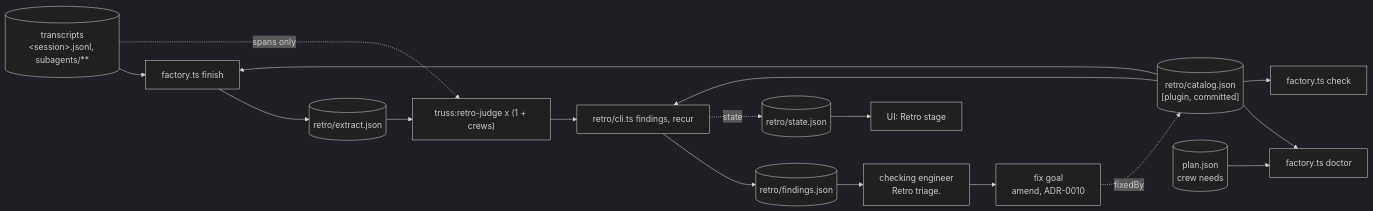
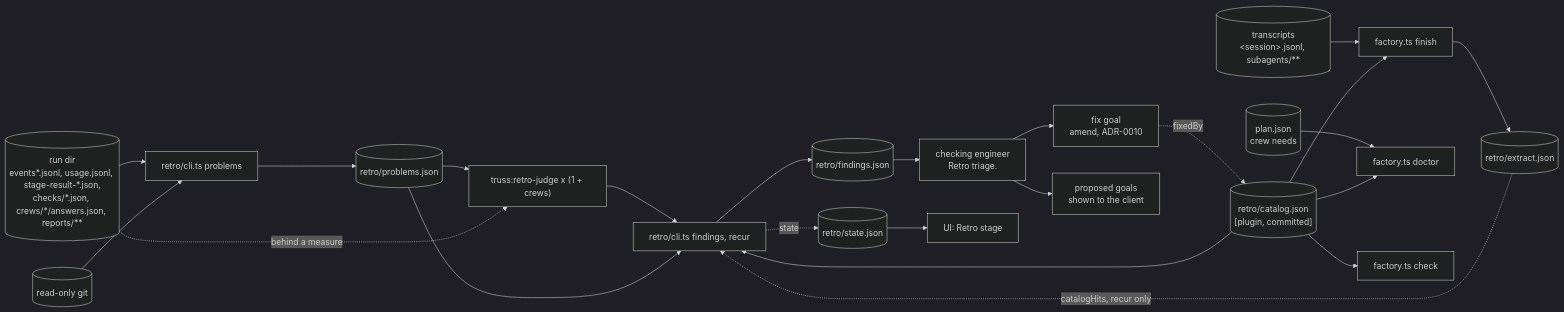
Before and after one commit to AbhiramDwivedi/truss: diagram 20 of 25 in plugins/truss/docs/architecture.md, drawn with Mermaid (dark theme). The commit also changed other lines of this file and 50 other files, not shown here.

````diff
--- a/plugins/truss/docs/architecture.md
+++ b/plugins/truss/docs/architecture.md
@@ -1138,33 +1165,44 @@
 ```mermaid
 flowchart LR
+  RUN[("run dir<br/>events*.jsonl, usage.jsonl, stage-result-*.json,<br/>checks/*.json, crews/*/answers.json, reports/**")]
+  GIT[("read-only git")]
   T[("transcripts<br/>&lt;session&gt;.jsonl, subagents/**")]
   C[("retro/catalog.json<br/>[plugin, committed]")]
   P[("plan.json<br/>crew needs")]
   F["factory.ts finish"]
   D["factory.ts doctor"]
   K["factory.ts check"]
   X[("retro/extract.json")]
+  PR["retro/cli.ts problems"]
+  PJ[("retro/problems.json")]
   J["truss:retro-judge x (1 + crews)"]
   R["retro/cli.ts findings, recur"]
   FD[("retro/findings.json")]
   TR["checking engineer<br/>Retro triage."]
   G["fix goal<br/>amend, ADR-0010"]
+  PG["proposed goals<br/>shown to the client"]
   S[("retro/state.json")]
   UI["UI: Retro stage"]
   P --> D
   C --> D
   C --> K
   T --> F
   C --> F
   F --> X
-  X --> J
-  T -. "spans only" .-> J
+  RUN --> PR
+  GIT --> PR
+  PR --> PJ
+  PJ --> J
+  RUN -. "behind a measure" .-> J
   J --> R
+  PJ --> R
+  X -. "catalogHits, recur only" .-> R
   C --> R
   R --> FD
   FD --> TR
   TR --> G
+  TR --> PG
   G -. "fixedBy" .-> C
   R -. "state" .-> S
   S --> UI
 ```
````
